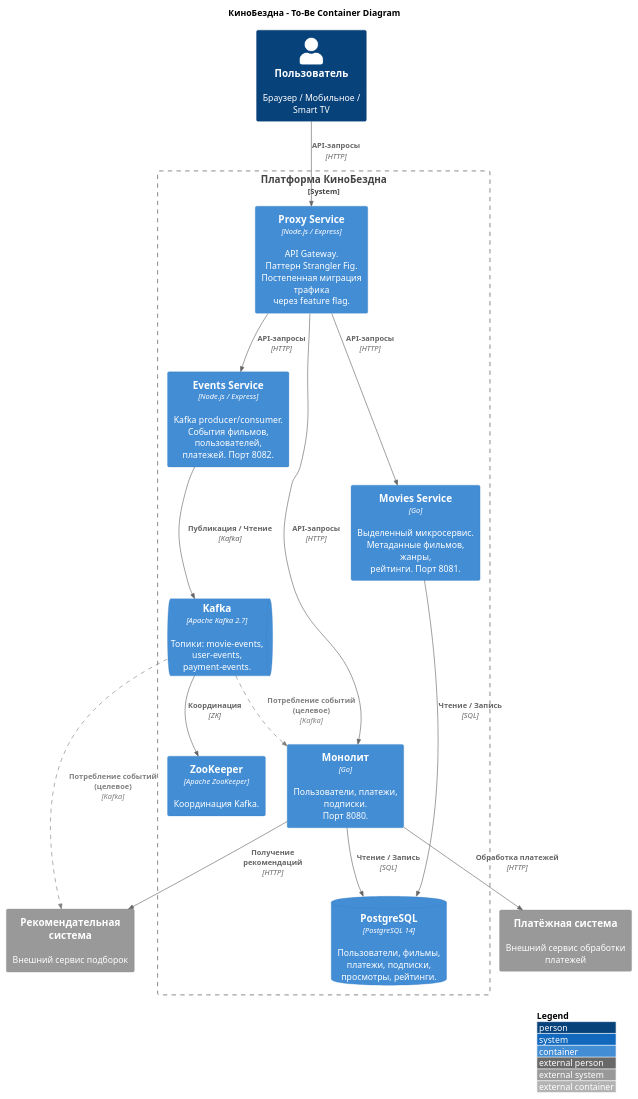
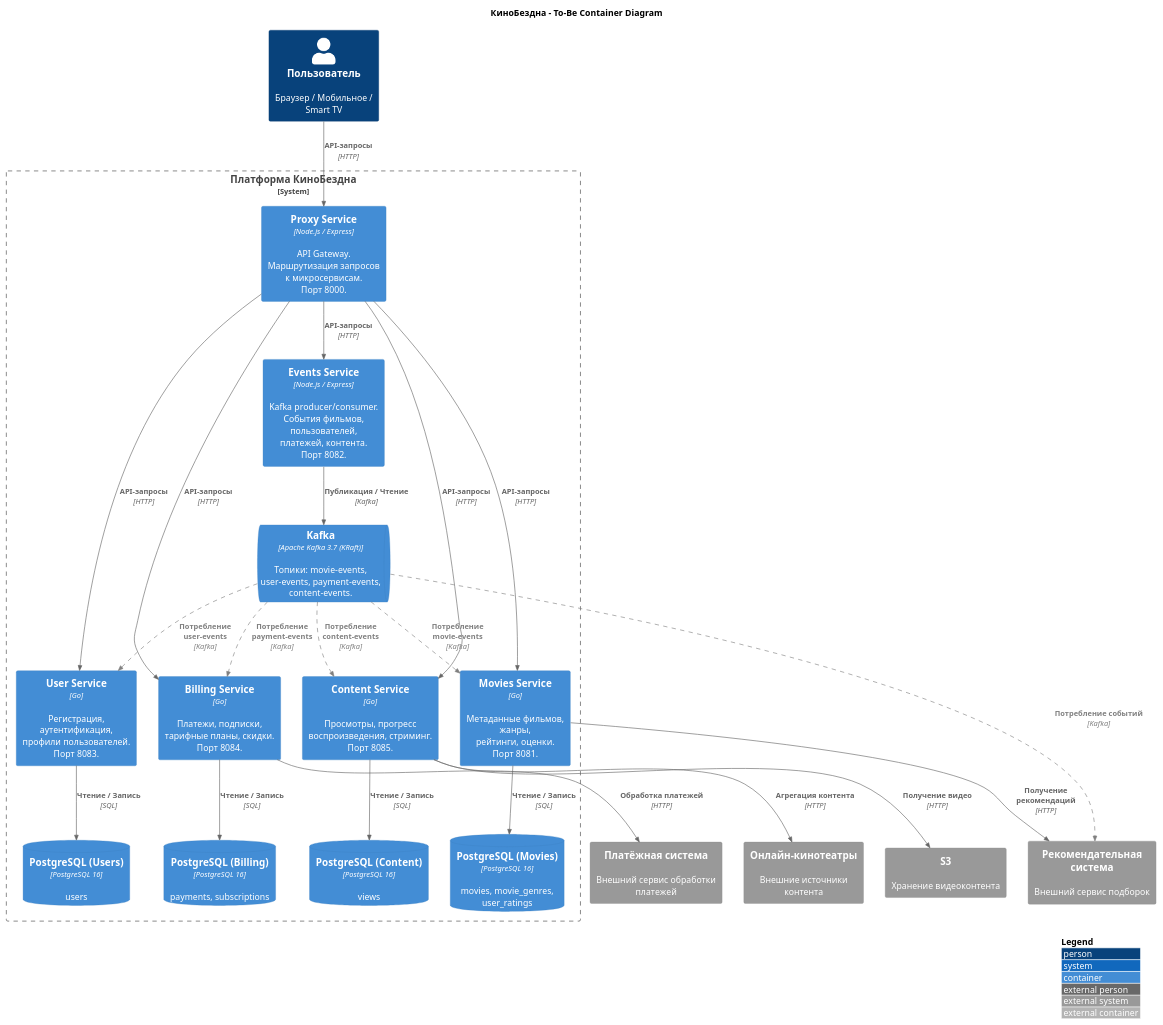
One commit to SiritosKon/architecture-cinemaabyss changed the diagram in docs/c4-container-diagram.puml. Above: the diagram before and after it, drawn with PlantUML. The commit also changed 2 other files, not shown here.

Commit message:
feat: decompose monolith into User, Billing, Content microservices
Fully eliminate the monolith by extracting remaining domains into
dedicated microservices with database-per-service pattern.
Replace ZooKeeper with Kafka KRaft mode.

New services:
- User Service (Go, port 8083) — users, auth, profiles
- Billing Service (Go, port 8084) — payments, subscriptions
- Content Service (Go, port 8085) — views, streaming progress

Updated C4 container diagram and Project_template.md with
bounded context rationale and infrastructure decisions.

```diff
--- a/docs/c4-container-diagram.puml
+++ b/docs/c4-container-diagram.puml
@@ -1,49 +1,68 @@
 @startuml c4-container-diagram
 !include https://raw.githubusercontent.com/plantuml-stdlib/C4-PlantUML/master/C4_Container.puml
 
 LAYOUT_WITH_LEGEND()
 
 AddRelTag("future", $lineStyle = DashedLine(), $lineColor = "gray", $textColor = "gray")
 
 title КиноБездна - To-Be Container Diagram
 
 Person(user, "Пользователь", "Браузер / Мобильное / Smart TV")
 
 System_Ext(recsys, "Рекомендательная система", "Внешний сервис подборок")
 System_Ext(payment, "Платёжная система", "Внешний сервис обработки платежей")
+System_Ext(cinemas, "Онлайн-кинотеатры", "Внешние источники контента")
+System_Ext(s3, "S3", "Хранение видеоконтента")
 
 System_Boundary(platform, "Платформа КиноБездна") {
 
-    Container(proxy, "Proxy Service", "Node.js / Express", "API Gateway.\nПаттерн Strangler Fig.\nПостепенная миграция трафика\nчерез feature flag.")
+    Container(proxy, "Proxy Service", "Node.js / Express", "API Gateway.\nМаршрутизация запросов\nк микросервисам.\nПорт 8000.")
 
-    Container(monolith, "Монолит", "Go", "Пользователи, платежи,\nподписки.\nПорт 8080.")
+    Container(users_svc, "User Service", "Go", "Регистрация, аутентификация,\nпрофили пользователей.\nПорт 8083.")
 
-    Container(movies, "Movies Service", "Go", "Выделенный микросервис.\nМетаданные фильмов, жанры,\nрейтинги. Порт 8081.")
+    Container(billing, "Billing Service", "Go", "Платежи, подписки,\nтарифные планы, скидки.\nПорт 8084.")
 
-    Container(events, "Events Service", "Node.js / Express", "Kafka producer/consumer.\nСобытия фильмов, пользователей,\nплатежей. Порт 8082.")
+    Container(content, "Content Service", "Go", "Просмотры, прогресс\nвоспроизведения, стриминг.\nПорт 8085.")
 
-    ContainerDb(postgres, "PostgreSQL", "PostgreSQL 14", "Пользователи, фильмы,\nплатежи, подписки,\nпросмотры, рейтинги.")
+    Container(movies, "Movies Service", "Go", "Метаданные фильмов, жанры,\nрейтинги, оценки.\nПорт 8081.")
 
-    ContainerQueue(kafka, "Kafka", "Apache Kafka 2.7", "Топики: movie-events,\nuser-events,\npayment-events.")
+    Container(events, "Events Service", "Node.js / Express", "Kafka producer/consumer.\nСобытия фильмов, пользователей,\nплатежей, контента.\nПорт 8082.")
 
-    Container(zookeeper, "ZooKeeper", "Apache ZooKeeper", "Координация Kafka.")
+    ContainerDb(postgres_users, "PostgreSQL (Users)", "PostgreSQL 16", "users")
+
+    ContainerDb(postgres_billing, "PostgreSQL (Billing)", "PostgreSQL 16", "payments, subscriptions")
+
+    ContainerDb(postgres_content, "PostgreSQL (Content)", "PostgreSQL 16", "views")
+
+    ContainerDb(postgres_movies, "PostgreSQL (Movies)", "PostgreSQL 16", "movies, movie_genres,\nuser_ratings")
+
+    ContainerQueue(kafka, "Kafka", "Apache Kafka 3.7 (KRaft)", "Топики: movie-events,\nuser-events, payment-events,\ncontent-events.")
 }
 
 Rel(user, proxy, "API-запросы", "HTTP")
-Rel(proxy, monolith, "API-запросы", "HTTP")
+
+Rel(proxy, users_svc, "API-запросы", "HTTP")
+Rel(proxy, billing, "API-запросы", "HTTP")
+Rel(proxy, content, "API-запросы", "HTTP")
 Rel(proxy, movies, "API-запросы", "HTTP")
 Rel(proxy, events, "API-запросы", "HTTP")
 
-Rel(monolith, postgres, "Чтение / Запись", "SQL")
-Rel(movies, postgres, "Чтение / Запись", "SQL")
+Rel(users_svc, postgres_users, "Чтение / Запись", "SQL")
+Rel(billing, postgres_billing, "Чтение / Запись", "SQL")
+Rel(content, postgres_content, "Чтение / Запись", "SQL")
+Rel(movies, postgres_movies, "Чтение / Запись", "SQL")
 
 Rel(events, kafka, "Публикация / Чтение", "Kafka")
-Rel(kafka, zookeeper, "Координация", "ZK")
 
-Rel(monolith, recsys, "Получение рекомендаций", "HTTP")
-Rel(monolith, payment, "Обработка платежей", "HTTP")
+Rel(billing, payment, "Обработка платежей", "HTTP")
+Rel(content, s3, "Получение видео", "HTTP")
+Rel(content, cinemas, "Агрегация контента", "HTTP")
+Rel(movies, recsys, "Получение рекомендаций", "HTTP")
 
-Rel(kafka, monolith, "Потребление событий (целевое)", "Kafka", $tags="future")
-Rel(kafka, recsys, "Потребление событий (целевое)", "Kafka", $tags="future")
+Rel(kafka, users_svc, "Потребление user-events", "Kafka", $tags="future")
+Rel(kafka, billing, "Потребление payment-events", "Kafka", $tags="future")
+Rel(kafka, content, "Потребление content-events", "Kafka", $tags="future")
+Rel(kafka, movies, "Потребление movie-events", "Kafka", $tags="future")
+Rel(kafka, recsys, "Потребление событий", "Kafka", $tags="future")
 
 @enduml
```
